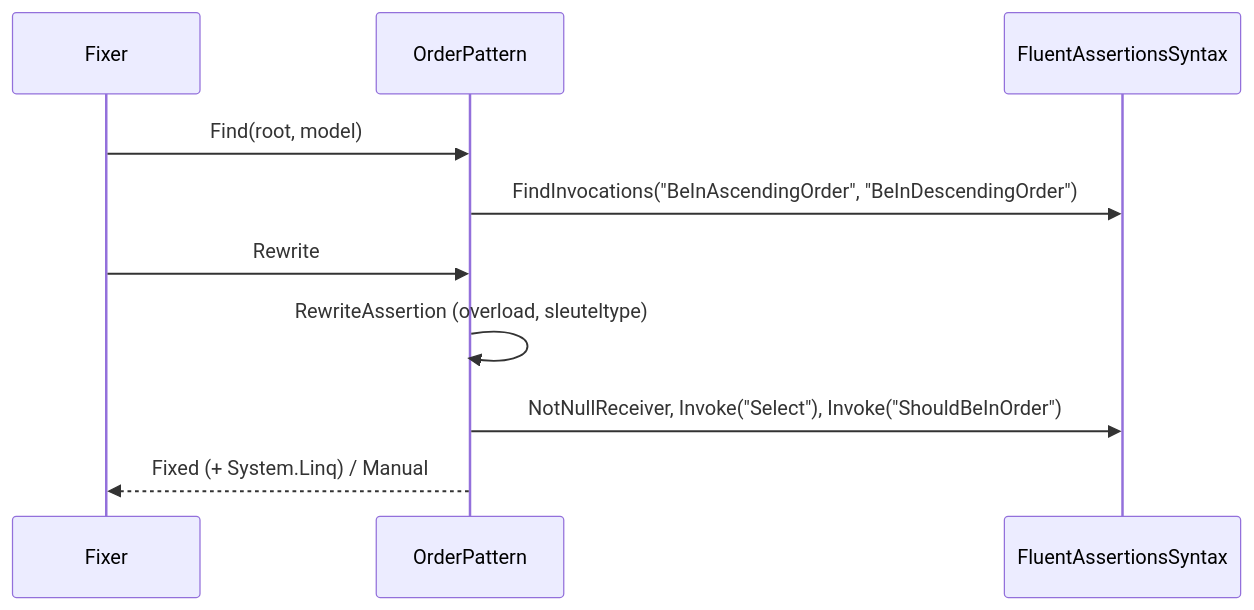
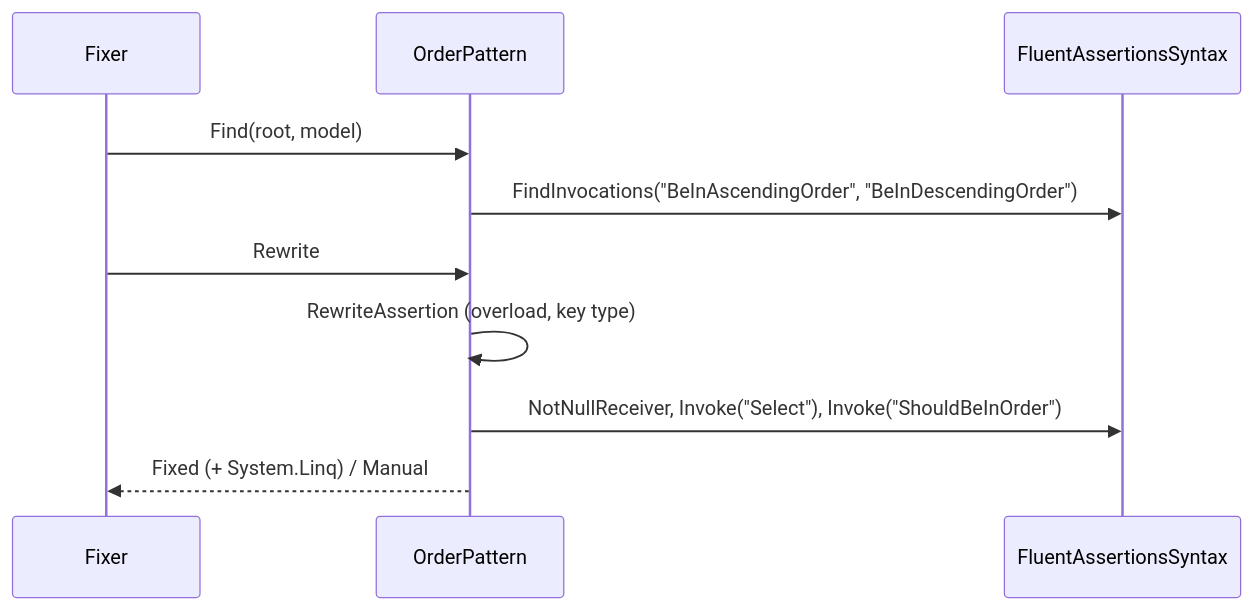
One commit to ATkingma/unshackle changed the second of 3 diagrams in docs/projectinfo/patterns/fa-order-modellen.md. Above: the diagram before and after it, drawn with Mermaid. The commit also changed other lines of this file and 415 other files, not shown here.

````diff
--- a/docs/projectinfo/patterns/fa-order-modellen.md
+++ b/docs/projectinfo/patterns/fa-order-modellen.md
@@ -26,9 +26,9 @@
 ```mermaid
 sequenceDiagram
     Fixer->>OrderPattern: Find(root, model)
     OrderPattern->>FluentAssertionsSyntax: FindInvocations("BeInAscendingOrder", "BeInDescendingOrder")
     Fixer->>OrderPattern: Rewrite
-    OrderPattern->>OrderPattern: RewriteAssertion (overload, sleuteltype)
+    OrderPattern->>OrderPattern: RewriteAssertion (overload, key type)
     OrderPattern->>FluentAssertionsSyntax: NotNullReceiver, Invoke("Select"), Invoke("ShouldBeInOrder")
     OrderPattern-->>Fixer: Fixed (+ System.Linq) / Manual
 ```
````
